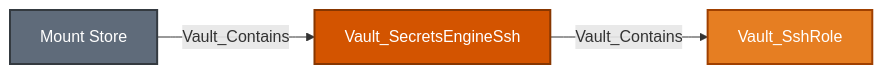
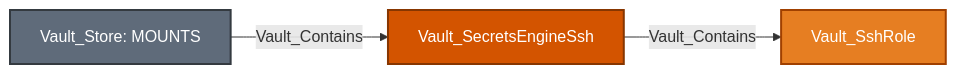
Diagram 22 of 29 in Documentation/stores/MOUNTS.md (bytewreck/opengraph-vault), drawn with Mermaid before and after one commit. The commit also changed other lines of this file and 13 other files, not shown here.

````diff
--- a/Documentation/stores/MOUNTS.md
+++ b/Documentation/stores/MOUNTS.md
@@ -1254,9 +1304,9 @@
 ```mermaid
 flowchart LR
-    store[Mount Store]:::storeNode -->|Vault_Contains| mount[Vault_SecretsEngineSsh]:::mountNode
+    store[Vault_Store: MOUNTS]:::storeNode -->|Vault_Contains| mount[Vault_SecretsEngineSsh]:::mountNode
     mount -->|Vault_Contains| role[Vault_SshRole]:::secretObjectNode
 
     classDef storeNode fill:#5F6B7A,color:#fff,stroke:#343A40,stroke-width:2px
     classDef mountNode fill:#D35400,color:#fff,stroke:#873600,stroke-width:2px
     classDef secretObjectNode fill:#E67E22,color:#fff,stroke:#A04000,stroke-width:2px
 ```
````
